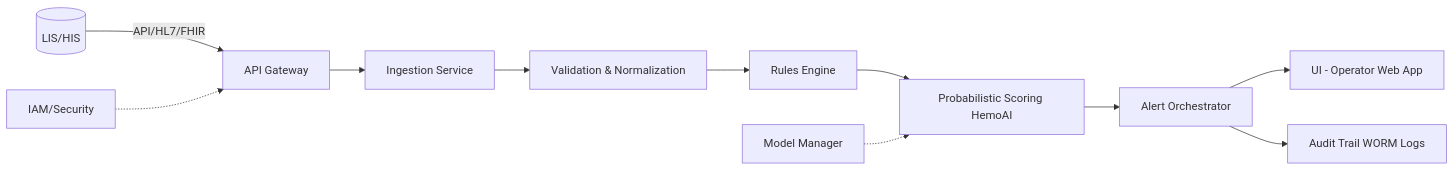
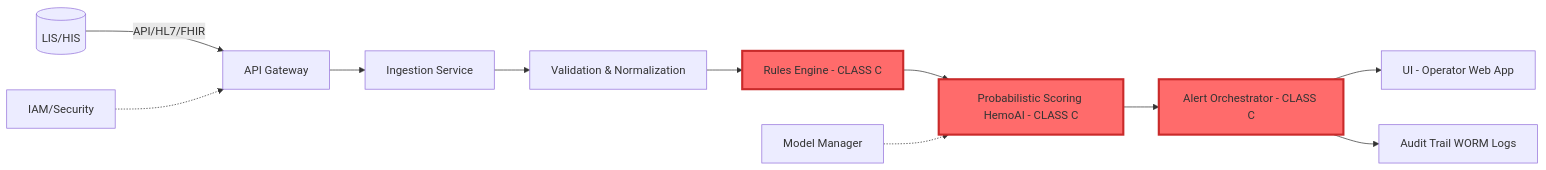
One commit to anetoc/hemodoctor-docs changed the first of 4 diagrams in AUTHORITATIVE_BASELINE/02_CONTROLES_DESIGN/SDD/SDD-001_Software_Design_v1.0_OFICIAL.md. Above: the diagram before and after it, drawn with Mermaid. The commit also changed other lines of this file and 16 other files, not shown here.

````diff
--- a/AUTHORITATIVE_BASELINE/02_CONTROLES_DESIGN/SDD/SDD-001_Software_Design_v1.0_OFICIAL.md
+++ b/AUTHORITATIVE_BASELINE/02_CONTROLES_DESIGN/SDD/SDD-001_Software_Design_v1.0_OFICIAL.md
@@ -31,13 +32,17 @@
 ```mermaid
 flowchart LR
   A[(LIS/HIS)] -- API/HL7/FHIR --> B[API Gateway]
   B --> C[Ingestion Service]
   C --> D[Validation & Normalization]
-  D --> E[Rules Engine]
-  E --> F[Probabilistic Scoring HemoAI]
-  F --> G[Alert Orchestrator]
+  D --> E[Rules Engine - CLASS C]
+  E --> F[Probabilistic Scoring HemoAI - CLASS C]
+  F --> G[Alert Orchestrator - CLASS C]
   G --> H[UI - Operator Web App]
   G --> I[Audit Trail WORM Logs]
   J[Model Manager] -.-> F
   K[IAM/Security] -.-> B
+
+  style E fill:#ff6b6b,stroke:#c92a2a,stroke-width:3px
+  style F fill:#ff6b6b,stroke:#c92a2a,stroke-width:3px
+  style G fill:#ff6b6b,stroke:#c92a2a,stroke-width:3px
 ```
````
